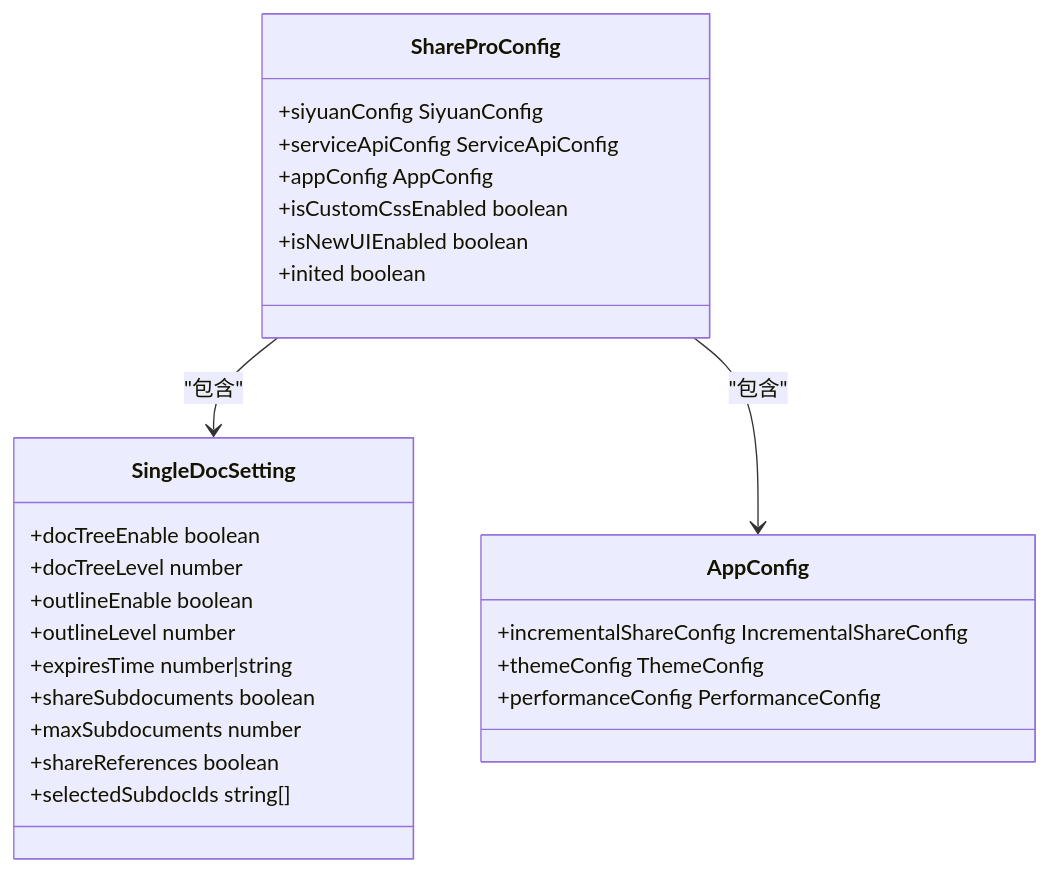
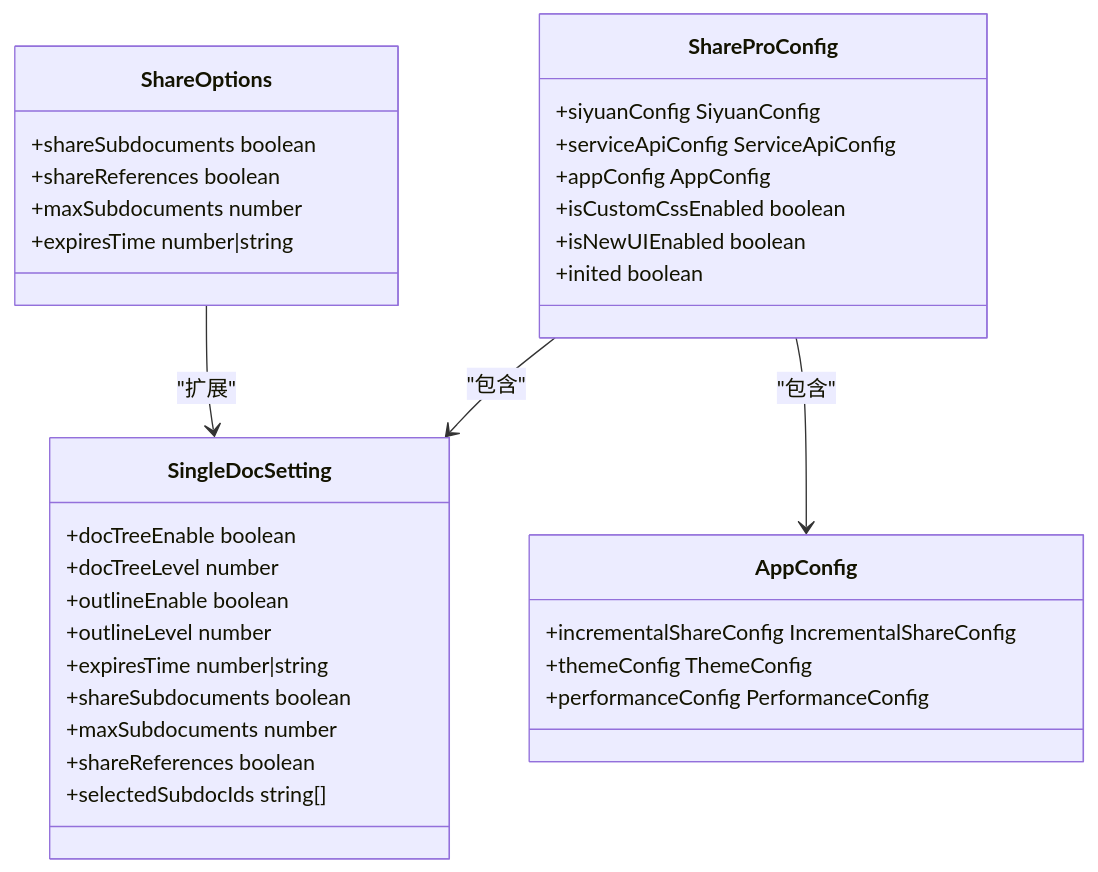
The sixth of 11 diagrams in .qoder/repowiki/zh/content/引用文档分享规范.md (terwerinc/siyuan-plugin-share-pro), drawn with Mermaid before and after one commit. The commit also changed other lines of this file and 8 other files, not shown here.

````diff
--- a/.qoder/repowiki/zh/content/引用文档分享规范.md
+++ b/.qoder/repowiki/zh/content/引用文档分享规范.md
@@ -278,29 +330,36 @@
 ```mermaid
 classDiagram
 class ShareProConfig {
 +siyuanConfig SiyuanConfig
 +serviceApiConfig ServiceApiConfig
 +appConfig AppConfig
 +isCustomCssEnabled boolean
 +isNewUIEnabled boolean
 +inited boolean
 }
 class SingleDocSetting {
 +docTreeEnable boolean
 +docTreeLevel number
 +outlineEnable boolean
 +outlineLevel number
 +expiresTime number|string
 +shareSubdocuments boolean
 +maxSubdocuments number
 +shareReferences boolean
 +selectedSubdocIds string[]
 }
+class ShareOptions {
++shareSubdocuments boolean
++shareReferences boolean
++maxSubdocuments number
++expiresTime number|string
+}
 class AppConfig {
 +incrementalShareConfig IncrementalShareConfig
 +themeConfig ThemeConfig
 +performanceConfig PerformanceConfig
 }
 ShareProConfig --> SingleDocSetting : "包含"
 ShareProConfig --> AppConfig : "包含"
+ShareOptions --> SingleDocSetting : "扩展"
 ```
````
